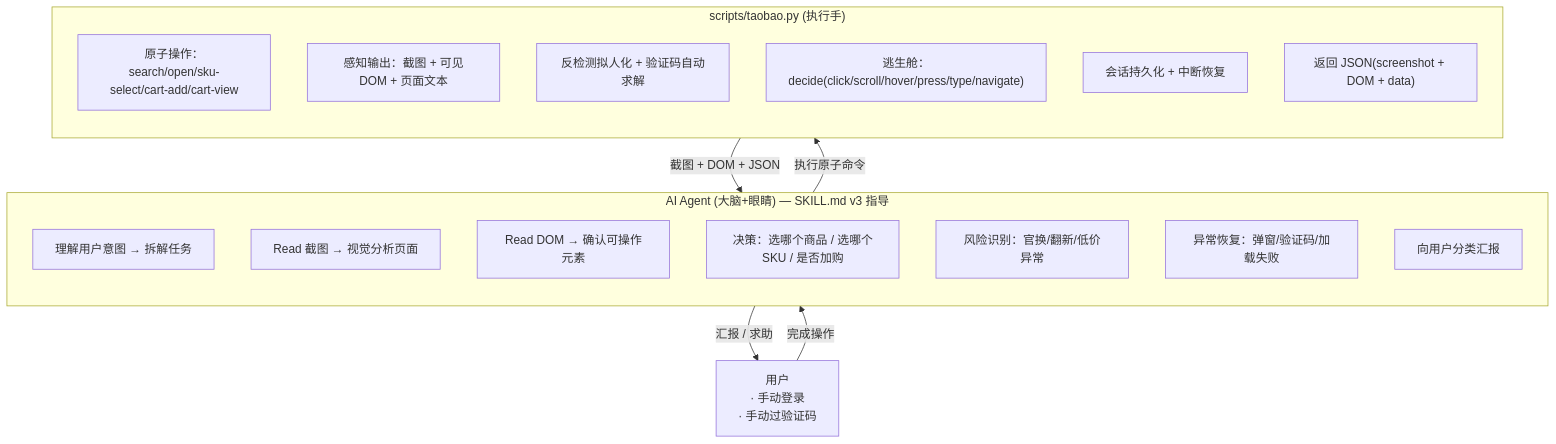
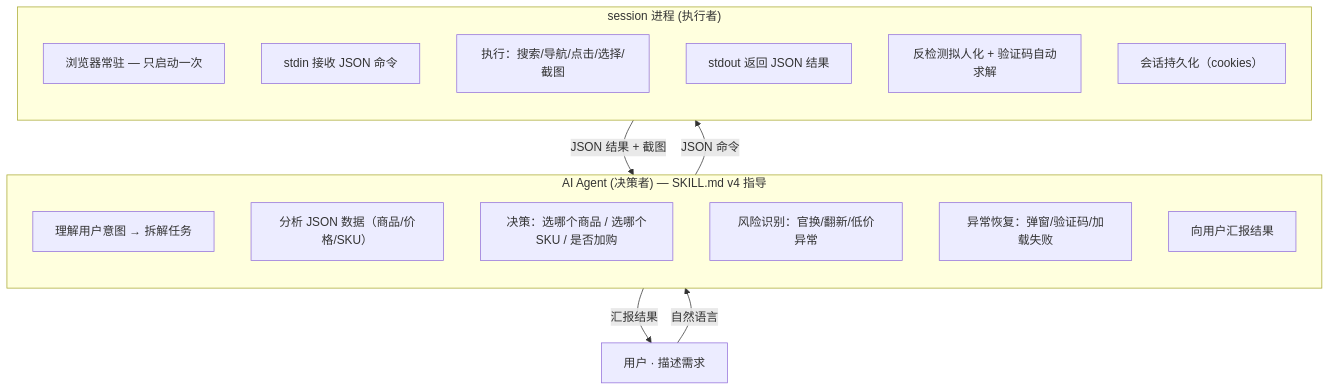
The diagram in README.md (GreenhandTan/Taobao-Search-Skill), drawn with Mermaid before and after one commit. The commit also changed other lines of this file and 3 other files, not shown here.

First line of the commit message:
feat: 重构为 Session 模式 — 浏览器常驻 + stdin/stdout JSON 协议

````diff
--- a/README.md
+++ b/README.md
@@ -18,30 +18,29 @@
 ```mermaid
 flowchart TB
-    subgraph Brain["AI Agent (大脑+眼睛) — SKILL.md v3 指导"]
+    subgraph Brain["AI Agent (决策者) — SKILL.md v4 指导"]
         direction TB
         B1["理解用户意图 → 拆解任务"]
-        B2["Read 截图 → 视觉分析页面"]
-        B3["Read DOM → 确认可操作元素"]
-        B4["决策：选哪个商品 / 选哪个SKU / 是否加购"]
-        B5["风险识别：官换/翻新/低价异常"]
-        B6["异常恢复：弹窗/验证码/加载失败"]
-        B7["向用户分类汇报"]
+        B2["分析 JSON 数据（商品/价格/SKU）"]
+        B3["决策：选哪个商品 / 选哪个SKU / 是否加购"]
+        B4["风险识别：官换/翻新/低价异常"]
+        B5["异常恢复：弹窗/验证码/加载失败"]
+        B6["向用户汇报结果"]
     end
 
-    subgraph Hands["scripts/taobao.py (执行手)"]
+    subgraph Session["session 进程 (执行者)"]
         direction TB
-        H1["原子操作：search/open/sku-select/cart-add/cart-view"]
-        H2["感知输出：截图 + 可见DOM + 页面文本"]
-        H3["反检测拟人化 + 验证码自动求解"]
-        H4["逃生舱：decide(click/scroll/hover/press/type/navigate)"]
-        H5["会话持久化 + 中断恢复"]
-        H6["返回 JSON(screenshot + DOM + data)"]
+        H1["浏览器常驻 — 只启动一次"]
+        H2["stdin 接收 JSON 命令"]
+        H3["执行：搜索/导航/点击/选择/截图"]
+        H4["stdout 返回 JSON 结果"]
+        H5["反检测拟人化 + 验证码自动求解"]
+        H6["会话持久化（cookies）"]
     end
 
-    User["用户<br/>· 手动登录<br/>· 手动过验证码"]
+    User["用户 · 描述需求"]
 
-    Brain -->|"执行原子命令"| Hands
-    Hands -->|"截图 + DOM + JSON"| Brain
-    Brain -->|"汇报 / 求助"| User
-    User -->|"完成操作"| Brain
+    User -->|"自然语言"| Brain
+    Brain -->|"JSON 命令"| Session
+    Session -->|"JSON 结果 + 截图"| Brain
+    Brain -->|"汇报结果"| User
 ```
````
